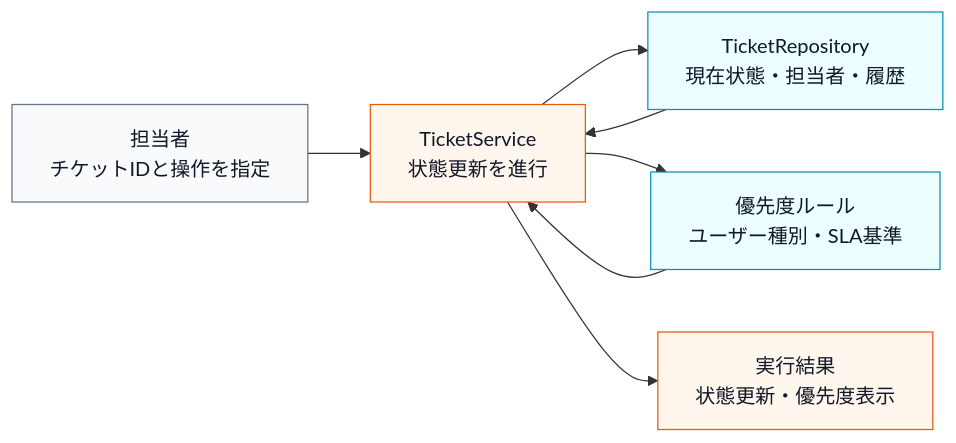
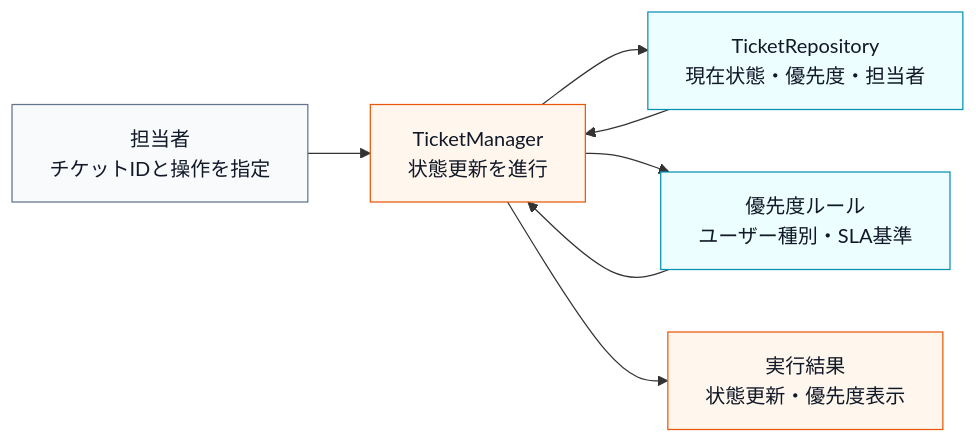
The first of 15 diagrams in kindle/design-patterns/output/chapter09_2.md (kumachan1101-pixel/DesignPattern), drawn with Mermaid before and after one commit. The commit also changed other lines of this file and 1 other file, not shown here.

````diff
--- a/kindle/design-patterns/output/chapter09_2.md
+++ b/kindle/design-patterns/output/chapter09_2.md
@@ -44,16 +44,16 @@
 ```mermaid
 flowchart LR
-    U["担当者<br>チケットIDと操作を指定"] --> S["TicketService<br>状態更新を進行"]
-    S --> T["TicketRepository<br>現在状態・担当者・履歴"]
+    U["担当者<br>チケットIDと操作を指定"] --> S["TicketManager<br>状態更新を進行"]
+    S --> T["TicketRepository<br>現在状態・優先度・担当者"]
     S --> P["優先度ルール<br>ユーザー種別・SLA基準"]
     T --> S
     P --> S
     S --> R["実行結果<br>状態更新・優先度表示"]
 
     classDef actor fill:#f8fafc,stroke:#64748b,color:#111827;
     classDef data fill:#ecfeff,stroke:#0891b2,color:#111827;
     classDef process fill:#fff7ed,stroke:#ea580c,color:#111827;
     class U actor;
     class T,P data;
     class S,R process;
 ```
````
